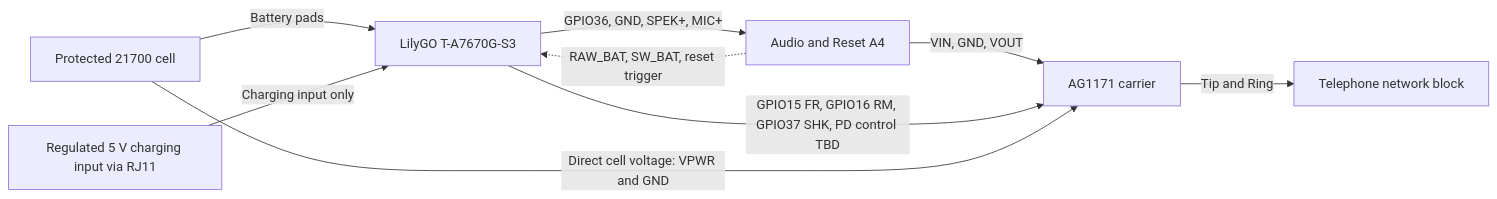
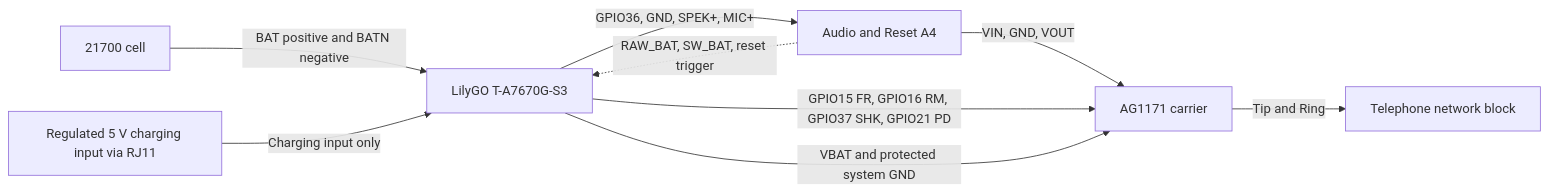
Before and after one commit to fregacmols/RotaryCell: the diagram in docs/HARDWARE_WIRING.md, drawn with Mermaid. The commit also changed other lines of this file and 9 other files, not shown here.

````diff
--- a/docs/HARDWARE_WIRING.md
+++ b/docs/HARDWARE_WIRING.md
@@ -19,11 +19,11 @@
 ```mermaid
 flowchart LR
     L[LilyGO T-A7670G-S3] -->|GPIO36, GND, SPEK+, MIC+| A[Audio and Reset A4]
     A -->|VIN, GND, VOUT| C[AG1171 carrier]
-    L -->|GPIO15 FR, GPIO16 RM, GPIO37 SHK, PD control TBD| C
+    L -->|GPIO15 FR, GPIO16 RM, GPIO37 SHK, GPIO21 PD| C
     C -->|Tip and Ring| N[Telephone network block]
-    B[Protected 21700 cell] -->|Battery pads| L
-    B -->|Direct cell voltage: VPWR and GND| C
+    B[21700 cell] -->|BAT positive and BATN negative| L
+    L -->|VBAT and protected system GND| C
     CH[Regulated 5 V charging input via RJ11] -->|Charging input only| L
     A -.->|RAW_BAT, SW_BAT, reset trigger| L
 ```
````
